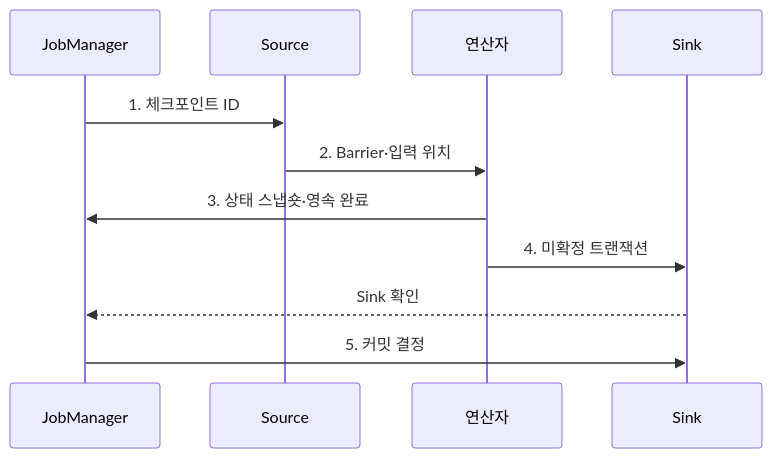
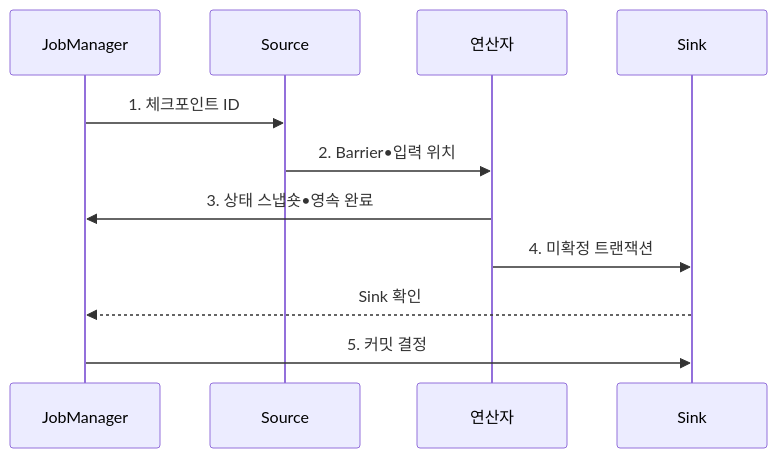
One commit to agnusdei1207/knowledge-base changed the second of 2 diagrams in src/content/docs/notes/03-software/120_apache_flink.md. Above: the diagram before and after it, drawn with Mermaid. The commit also changed other lines of this file and 953 other files, not shown here.

````diff
--- a/src/content/docs/notes/03-software/120_apache_flink.md
+++ b/src/content/docs/notes/03-software/120_apache_flink.md
@@ -109,13 +109,13 @@
 ```mermaid
 sequenceDiagram
     participant J as JobManager
     participant S as Source
     participant O as 연산자
     participant K as Sink
     J->>S: 1. 체크포인트 ID
-    S->>O: 2. Barrier·입력 위치
-    O->>J: 3. 상태 스냅숏·영속 완료
+    S->>O: 2. Barrier•입력 위치
+    O->>J: 3. 상태 스냅숏•영속 완료
     O->>K: 4. 미확정 트랜잭션
     K-->>J: Sink 확인
     J->>K: 5. 커밋 결정
 ```
````
